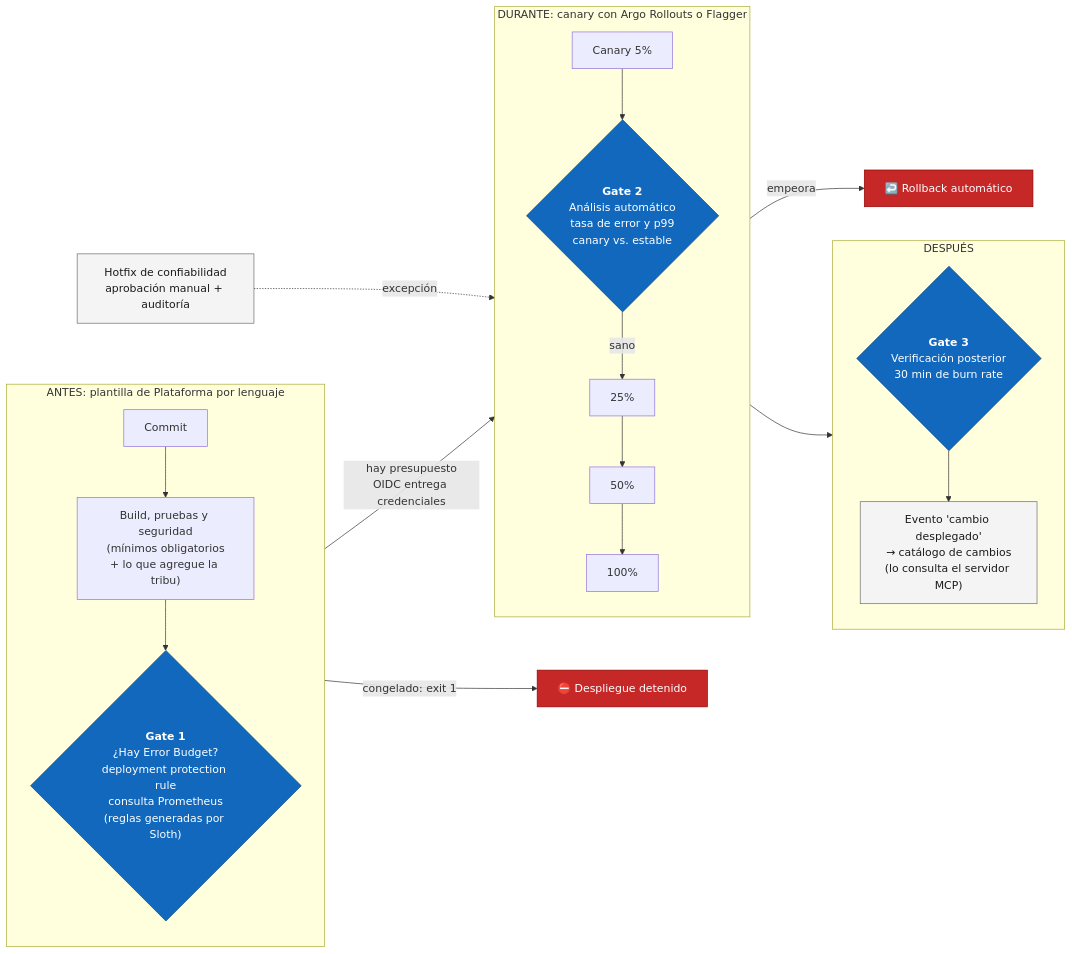
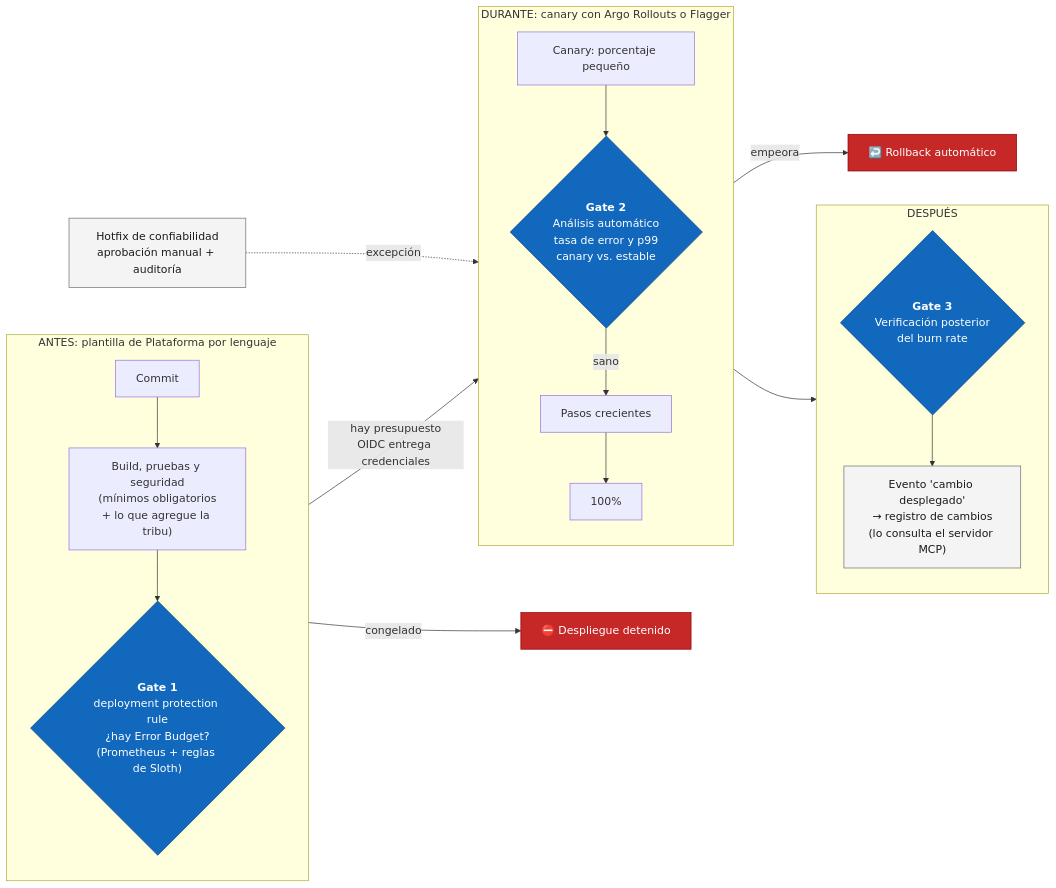
One commit to locosebas/necesidadesYGrafos changed the fourth of 12 diagrams in devops-senior/temas/25-davivienda-sre-observabilidad/presentacion-libreto.md. Above: the diagram before and after it, drawn with Mermaid. The commit also changed other lines of this file, not shown here.

Commit message:
Reescribir el libreto (versión 2) con las decisiones revisadas del análisis de alternativas

````diff
--- a/devops-senior/temas/25-davivienda-sre-observabilidad/presentacion-libreto.md
+++ b/devops-senior/temas/25-davivienda-sre-observabilidad/presentacion-libreto.md
@@ -264,32 +293,32 @@
 ```mermaid
 flowchart LR
     subgraph antes["ANTES: plantilla de Plataforma por lenguaje"]
         direction TB
         commit["Commit"] --> build["Build, pruebas y seguridad<br/>(mínimos obligatorios<br/>+ lo que agregue la tribu)"]
-        build --> g1{"<b>Gate 1</b><br/>¿Hay Error Budget?<br/>deployment protection rule<br/>consulta Prometheus<br/>(reglas generadas por Sloth)"}
+        build --> g1{"<b>Gate 1</b><br/>deployment protection rule<br/>¿hay Error Budget?<br/>(Prometheus + reglas de Sloth)"}
     end
 
     subgraph durante["DURANTE: canary con Argo Rollouts o Flagger"]
         direction TB
-        c5["Canary 5%"] --> g2{"<b>Gate 2</b><br/>Análisis automático<br/>tasa de error y p99<br/>canary vs. estable"}
-        g2 -- "sano" --> c25["25%"] --> c50["50%"] --> c100["100%"]
+        c5["Canary: porcentaje pequeño"] --> g2{"<b>Gate 2</b><br/>Análisis automático<br/>tasa de error y p99<br/>canary vs. estable"}
+        g2 -- "sano" --> pasos["Pasos crecientes"] --> c100["100%"]
     end
 
     subgraph despues["DESPUÉS"]
         direction TB
-        g3{"<b>Gate 3</b><br/>Verificación posterior<br/>30 min de burn rate"} --> evento["Evento 'cambio desplegado'<br/>→ catálogo de cambios<br/>(lo consulta el servidor MCP)"]
+        g3{"<b>Gate 3</b><br/>Verificación posterior<br/>del burn rate"} --> evento["Evento 'cambio desplegado'<br/>→ registro de cambios<br/>(lo consulta el servidor MCP)"]
     end
 
     g1 -- "hay presupuesto<br/>OIDC entrega credenciales" --> c5
-    g1 -- "congelado: exit 1" --> alto["⛔ Despliegue detenido"]
+    g1 -- "congelado" --> alto["⛔ Despliegue detenido"]
     g2 -- "empeora" --> rb["↩️ Rollback automático"]
     c100 --> g3
     hotfix["Hotfix de confiabilidad<br/>aprobación manual + auditoría"] -. "excepción" .-> c5
 
     classDef gate fill:#1168bd,stroke:#0b4884,color:#ffffff
     classDef bad fill:#c62828,stroke:#8e0000,color:#ffffff
     classDef nota fill:#f4f4f4,stroke:#6b6b6b,color:#1b1b1b
     class g1,g2,g3 gate
     class alto,rb bad
     class hotfix,evento nota
 ```
````
